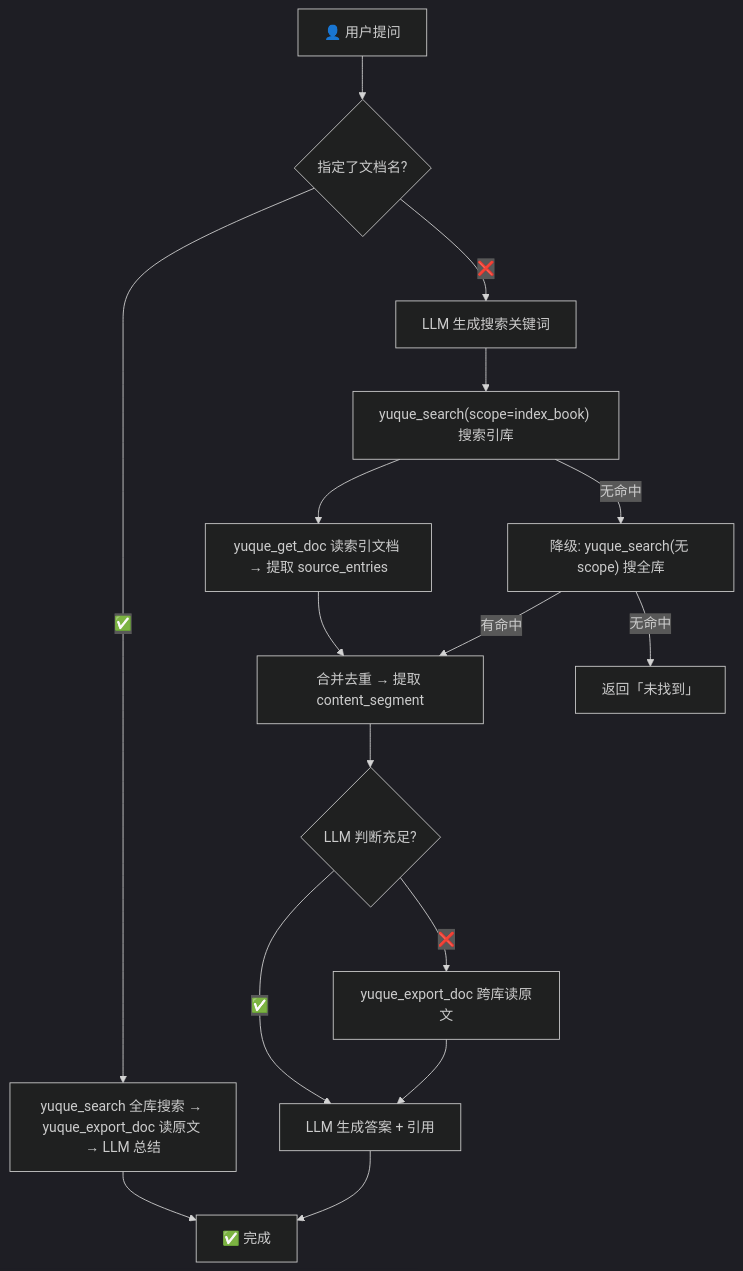
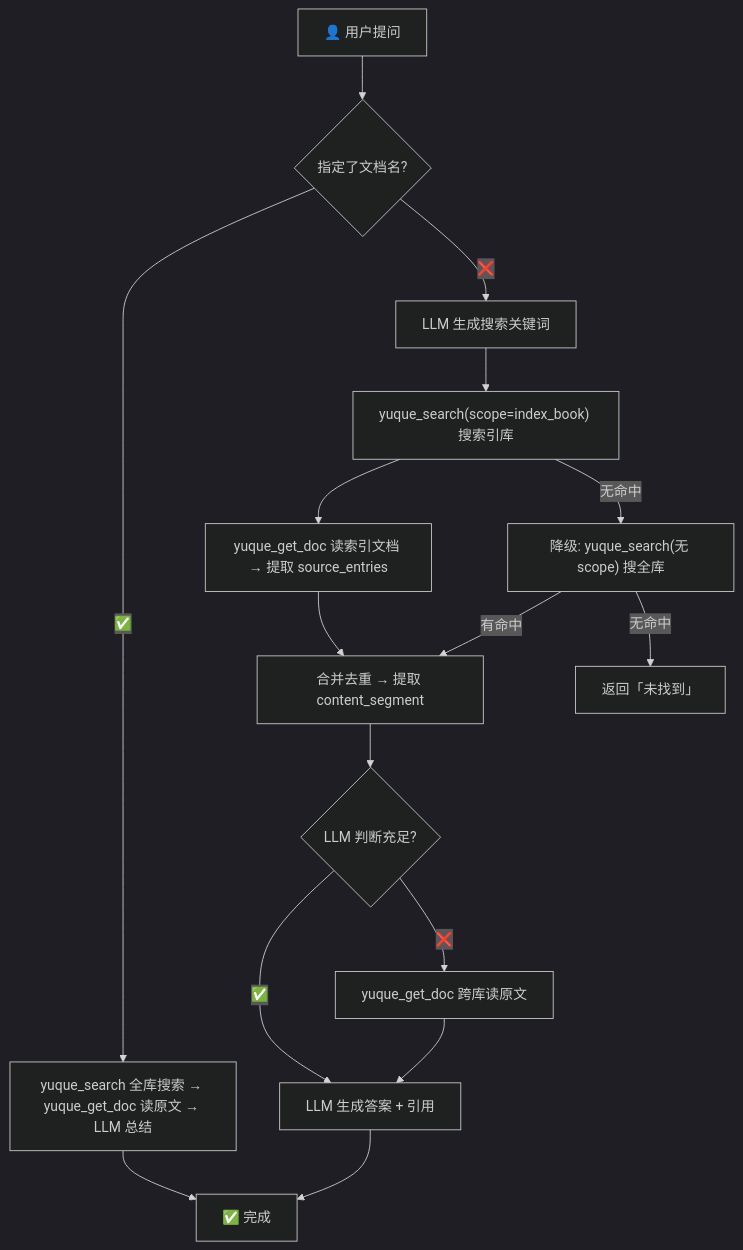
Before and after one commit to yehuoshun/yuque-ai-mcp: the diagram in README.md, drawn with Mermaid (dark theme). The commit also changed other lines of this file and 8 other files, not shown here.

Commit message:
修复：移除废弃的 export_doc/list_docs_for_export，新增 batch_get_docs_body（语雀v2无/export端点，get_doc的body字段即Markdown原文）

````diff
--- a/README.md
+++ b/README.md
@@ -164,20 +163,20 @@
 ```mermaid
 flowchart TD
     Q["👤 用户提问"] --> S0{"指定了文档名?"}
-    S0 -->|"✅"| S0a["yuque_search 全库搜索 → yuque_export_doc 读原文 → LLM 总结"]
+    S0 -->|"✅"| S0a["yuque_search 全库搜索 → yuque_get_doc 读原文 → LLM 总结"]
     S0a --> END["✅ 完成"]
 
     S0 -->|"❌"| S1["LLM 生成搜索关键词"]
     S1 --> S2["yuque_search(scope=index_book) 搜索引库"]
     S2 --> S3["yuque_get_doc 读索引文档 → 提取 source_entries"]
     S3 --> S4["合并去重 → 提取 content_segment"]
     S4 --> S5{"LLM 判断充足?"}
     S5 -->|"✅"| S6["LLM 生成答案 + 引用"]
-    S5 -->|"❌"| S7["yuque_export_doc 跨库读原文"]
+    S5 -->|"❌"| S7["yuque_get_doc 跨库读原文"]
     S7 --> S6
     S6 --> END
 
     S2 -->|"无命中"| D1["降级: yuque_search(无 scope) 搜全库"]
     D1 -->|"有命中"| S4
     D1 -->|"无命中"| D2["返回「未找到」"]
 ```
````
